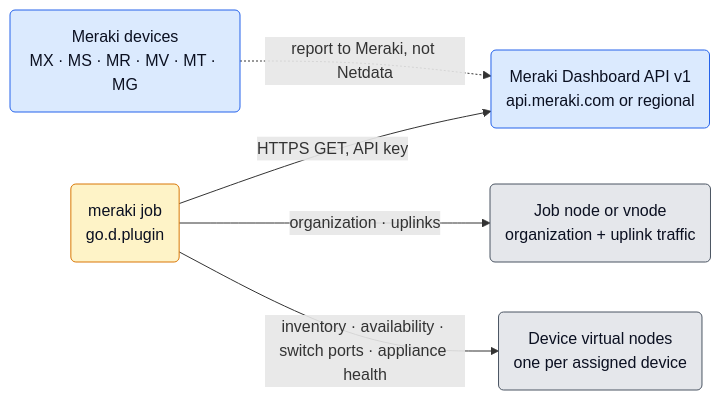
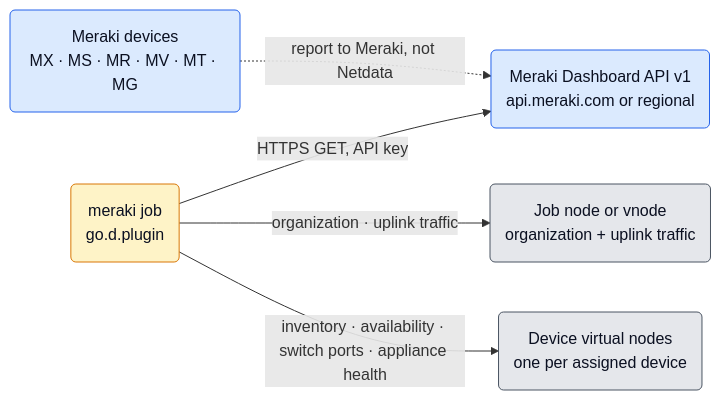
The first of 4 diagrams in src/go/plugin/go.d/collector/meraki/ARCHITECTURE.md (netdata/netdata), drawn with Mermaid before and after one commit. The commit also changed other lines of this file and 19 other files, not shown here.

````diff
--- a/src/go/plugin/go.d/collector/meraki/ARCHITECTURE.md
+++ b/src/go/plugin/go.d/collector/meraki/ARCHITECTURE.md
@@ -86,20 +86,20 @@
 ```mermaid
 flowchart LR
     Devices("Meraki devices<br/>MX · MS · MR · MV · MT · MG")
     Cloud("Meraki Dashboard API v1<br/>api.meraki.com or regional")
     Job("meraki job<br/>go.d.plugin")
     JobNode("Job node or vnode<br/>organization + uplink traffic")
     DevNodes("Device virtual nodes<br/>one per assigned device")
 
     Devices -.->|"report to Meraki, not Netdata"| Cloud
     Job -->|"HTTPS GET, API key"| Cloud
-    Job -->|"organization · uplinks"| JobNode
+    Job -->|"organization · uplink traffic"| JobNode
     Job -->|"inventory · availability · switch ports · appliance health"| DevNodes
 
     classDef ext fill:#dbeafe,stroke:#2563eb,color:#0b1021;
     classDef core fill:#fef3c7,stroke:#d97706,color:#0b1021;
     classDef out fill:#e5e7eb,stroke:#4b5563,color:#0b1021;
     class Devices,Cloud ext;
     class Job core;
     class JobNode,DevNodes out;
 ```
````
